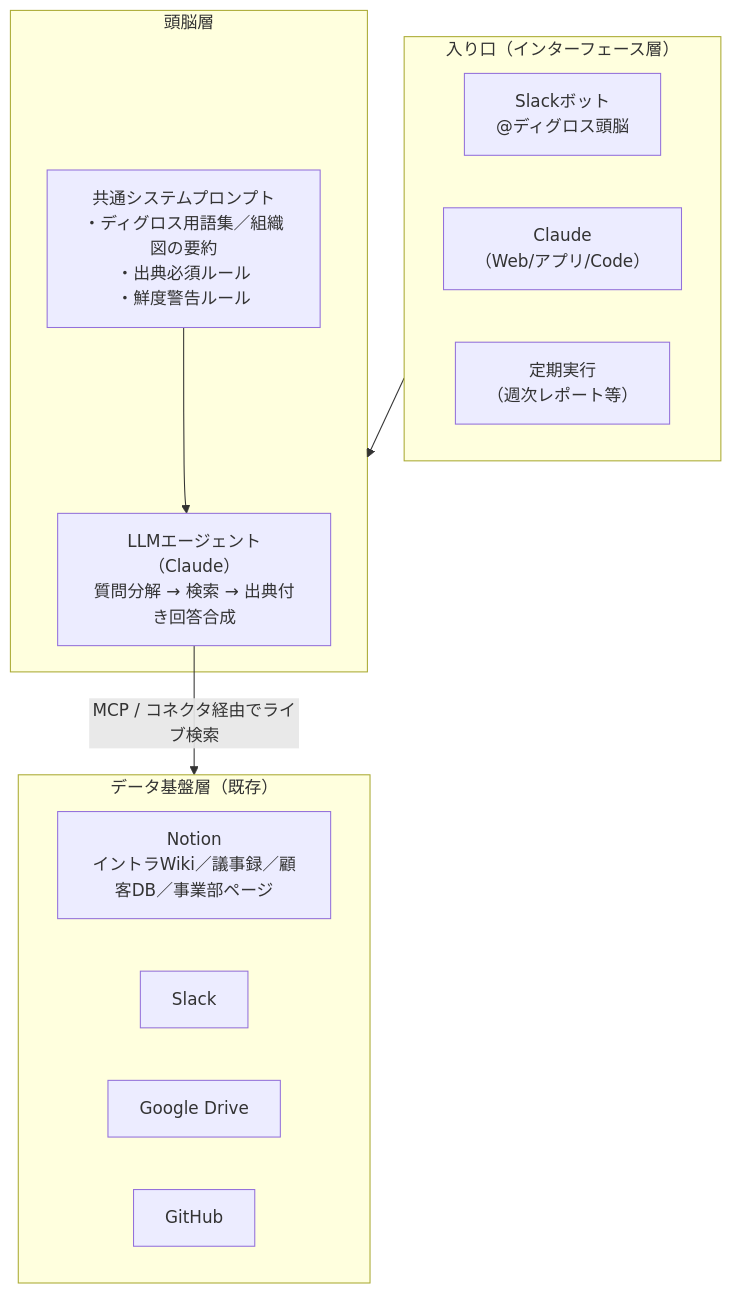
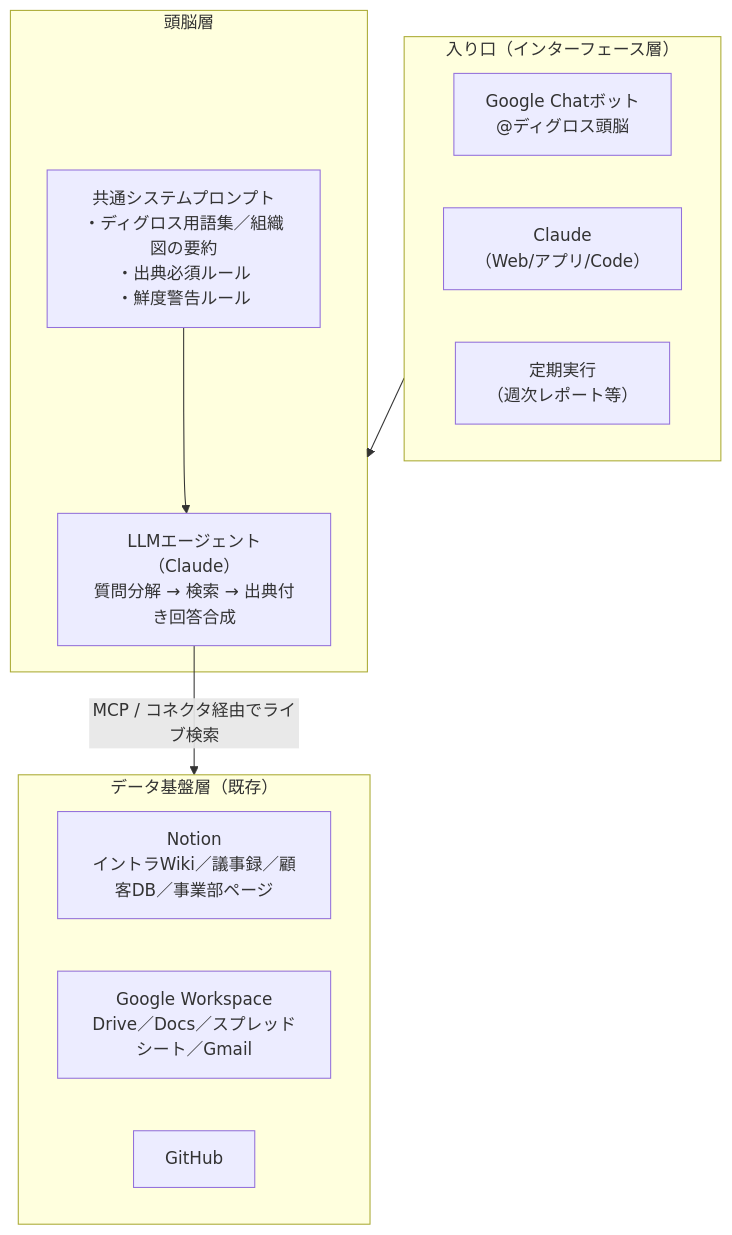
The diagram in docs/DESIGN_dgloss-brain.md (ishii-code/dgloss-os2.0), drawn with Mermaid before and after one commit. The commit also changed other lines of this file, not shown here.

First line of the commit message:
設計書をGoogle Workspace／Google Chat前提に修正

````diff
--- a/docs/DESIGN_dgloss-brain.md
+++ b/docs/DESIGN_dgloss-brain.md
@@ -53,24 +54,23 @@
 ```mermaid
 flowchart TB
     subgraph interfaces["入り口（インターフェース層）"]
-        slack["Slackボット<br>@ディグロス頭脳"]
+        gchat["Google Chatボット<br>@ディグロス頭脳"]
         claude["Claude<br>（Web/アプリ/Code）"]
         routine["定期実行<br>（週次レポート等）"]
     end
 
     subgraph brain["頭脳層"]
         agent["LLMエージェント（Claude）<br>質問分解 → 検索 → 出典付き回答合成"]
         prompt["共通システムプロンプト<br>・ディグロス用語集／組織図の要約<br>・出典必須ルール<br>・鮮度警告ルール"]
     end
 
     subgraph sources["データ基盤層（既存）"]
         notion["Notion<br>イントラWiki／議事録／顧客DB／事業部ページ"]
-        slackData["Slack"]
-        drive["Google Drive"]
+        workspace["Google Workspace<br>Drive／Docs／スプレッドシート／Gmail"]
         github["GitHub"]
     end
 
     interfaces --> brain
     agent -- "MCP / コネクタ経由でライブ検索" --> sources
     prompt --> agent
 ```
````
